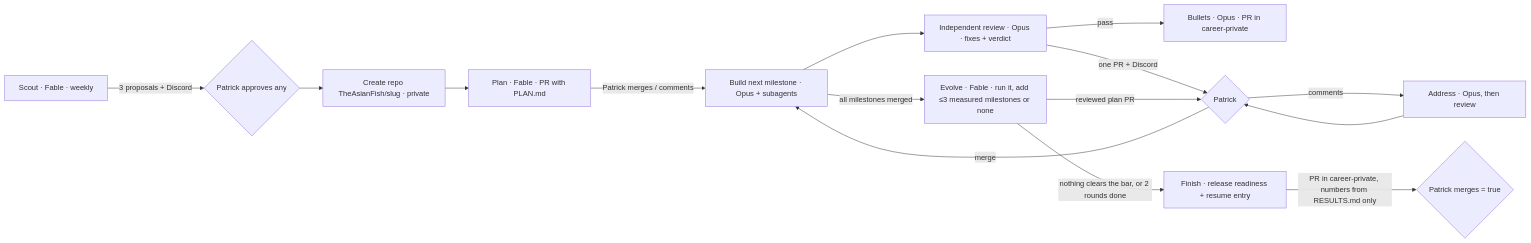
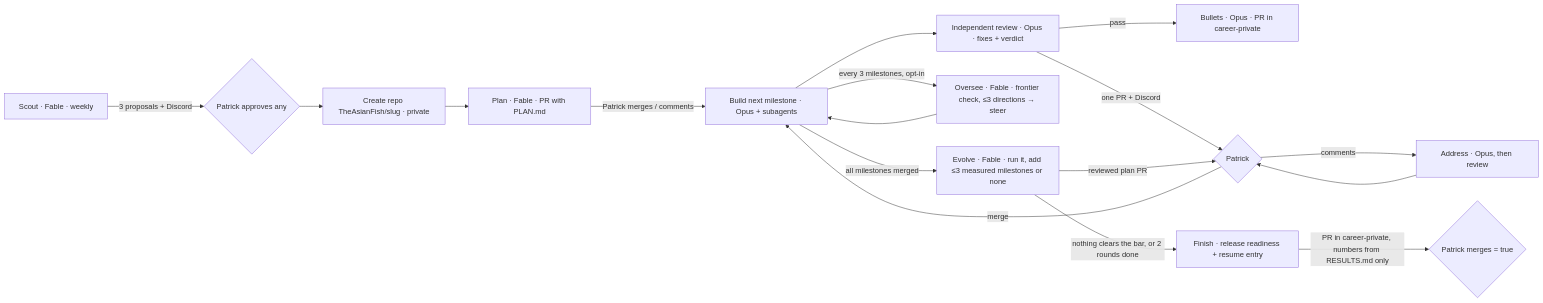
One commit to TheAsianFish/job-finder changed the diagram in docs/project-builder.md. Above: the diagram before and after it, drawn with Mermaid. The commit also changed other lines of this file and 3 other files, not shown here.

````diff
--- a/docs/project-builder.md
+++ b/docs/project-builder.md
@@ -10,17 +10,19 @@
 ```mermaid
 flowchart LR
   S[Scout · Fable · weekly] -->|3 proposals + Discord| P{Patrick approves any}
   P --> C[Create repo TheAsianFish/slug · private]
   C --> PL[Plan · Fable · PR with PLAN.md]
   PL -->|Patrick merges / comments| B[Build next milestone · Opus + subagents]
   B --> R[Independent review · Opus · fixes + verdict]
   R -->|pass| BU[Bullets · Opus · PR in career-private]
   R -->|one PR + Discord| W{Patrick}
   W -->|comments| A[Address · Opus, then review]
   A --> W
   W -->|merge| B
+  B -->|every 3 milestones, opt-in| O[Oversee · Fable · frontier check, ≤3 directions → steer]
+  O --> B
   B -->|all milestones merged| E[Evolve · Fable · run it, add ≤3 measured milestones or none]
   E -->|reviewed plan PR| W
   E -->|nothing clears the bar, or 2 rounds done| F[Finish · release readiness + resume entry]
   F -->|PR in career-private, numbers from RESULTS.md only| V{Patrick merges = true}
 ```
````
